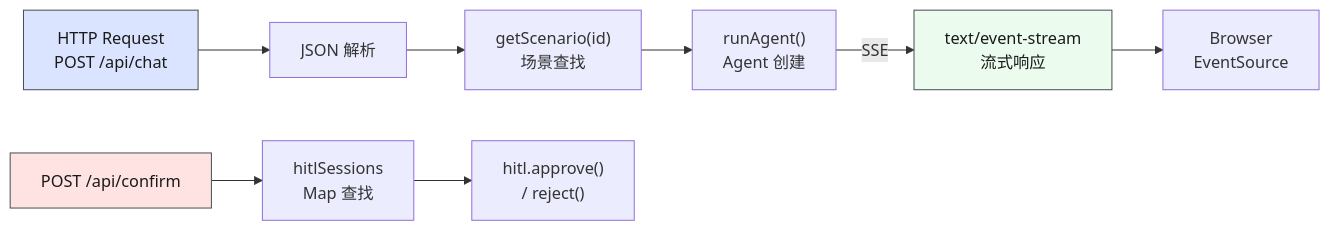
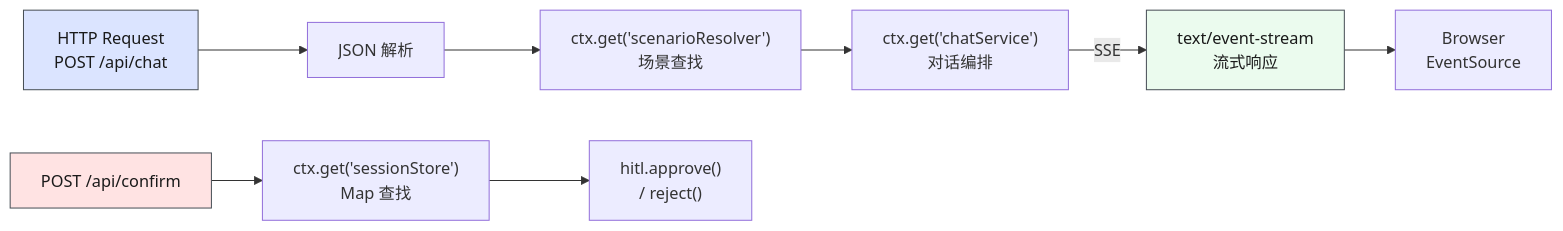
Before and after one commit to yjzaaa/leave-approval-agent: the second of 3 diagrams in src/controllers/server/CLAUDE.md, drawn with Mermaid. The commit also changed other lines of this file and 2 other files, not shown here.

````diff
--- a/src/controllers/server/CLAUDE.md
+++ b/src/controllers/server/CLAUDE.md
@@ -57,15 +53,15 @@
 ```mermaid
 graph LR
     Request["HTTP Request<br/>POST /api/chat"] --> Parse["JSON 解析"]
-    Parse --> Plugin["getScenario(id)<br/>场景查找"]
-    Plugin --> Factory["runAgent()<br/>Agent 创建"]
-    Factory -->|SSE| Stream["text/event-stream<br/>流式响应"]
+    Parse --> Resolver["ctx.get('scenarioResolver')<br/>场景查找"]
+    Resolver --> Service["ctx.get('chatService')<br/>对话编排"]
+    Service -->|SSE| Stream["text/event-stream<br/>流式响应"]
     Stream --> Browser["Browser<br/>EventSource"]
 
-    ConfirmReq["POST /api/confirm"] --> Session["hitlSessions<br/>Map 查找"]
+    ConfirmReq["POST /api/confirm"] --> Session["ctx.get('sessionStore')<br/>Map 查找"]
     Session --> Hitl["hitl.approve()<br/>/ reject()"]
 
     style Request fill:#dbe4ff,stroke:#495057,color:#1a1a1a
     style Stream fill:#ebfbee,stroke:#495057,color:#1a1a1a
     style ConfirmReq fill:#ffe3e3,stroke:#495057,color:#1a1a1a
 ```
````
